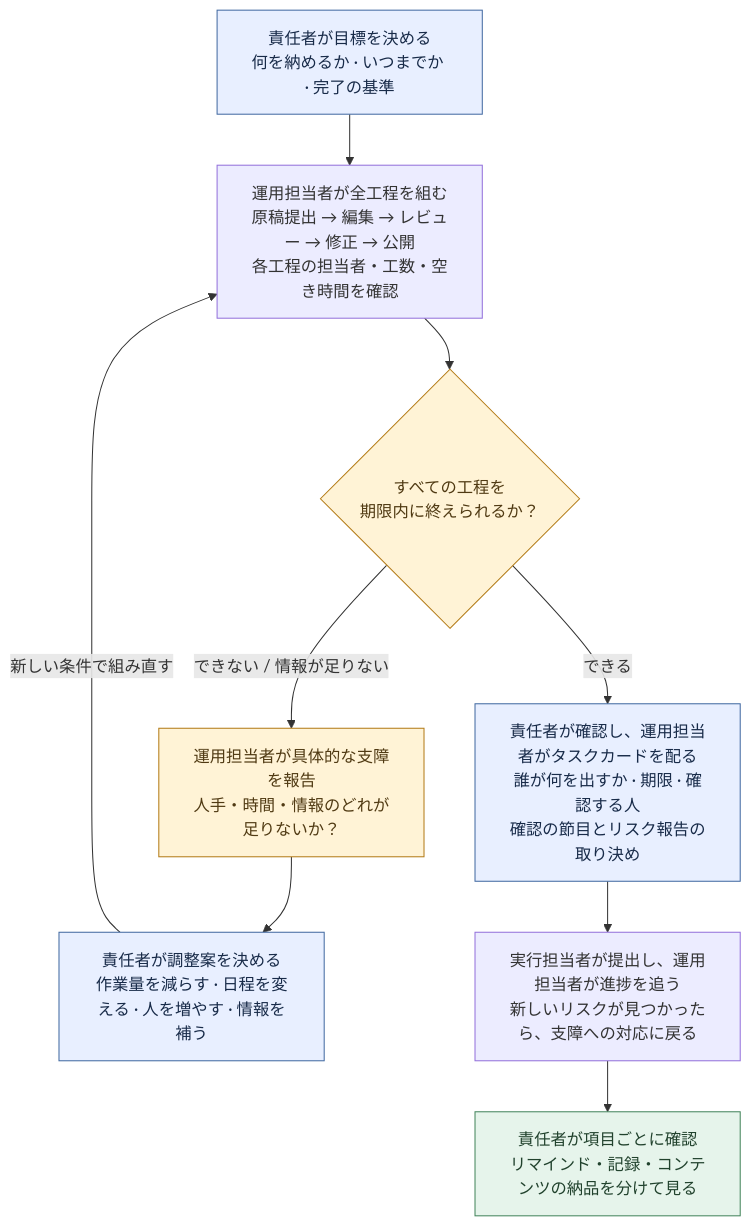
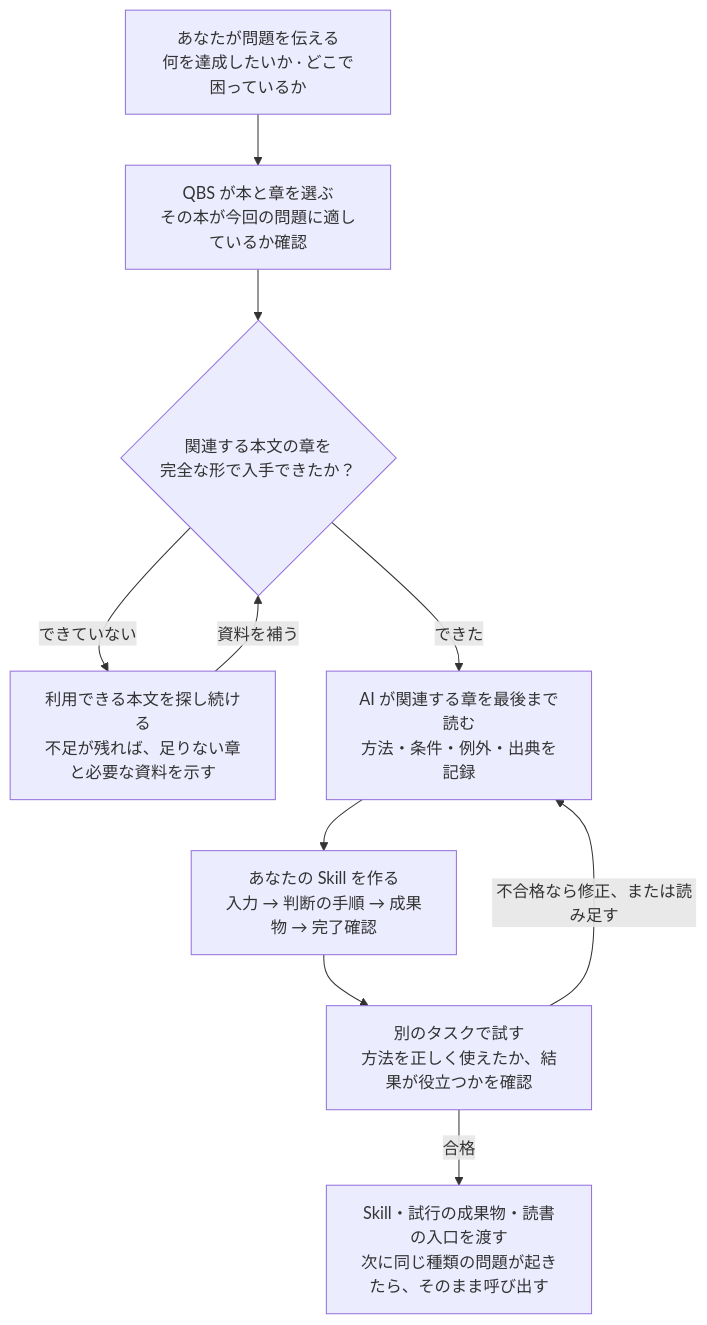
The diagram in README.ja.md (LearnPrompt/qbs), drawn with Mermaid before and after one commit. The commit also changed other lines of this file and 5 other files, not shown here.

````diff
--- a/README.ja.md
+++ b/README.ja.md
@@ -95,17 +35,12 @@
 ```mermaid
 flowchart TD
-    A["責任者が目標を決める<br/>何を納めるか · いつまでか · 完了の基準"] --> B["運用担当者が全工程を組む<br/>原稿提出 → 編集 → レビュー → 修正 → 公開<br/>各工程の担当者・工数・空き時間を確認"]
-    B --> C{"すべての工程を<br/>期限内に終えられるか？"}
-    C -- "できない / 情報が足りない" --> D["運用担当者が具体的な支障を報告<br/>人手・時間・情報のどれが足りないか？"]
-    D --> E["責任者が調整案を決める<br/>作業量を減らす · 日程を変える · 人を増やす · 情報を補う"]
-    E -- "新しい条件で組み直す" --> B
-    C -- "できる" --> F["責任者が確認し、運用担当者がタスクカードを配る<br/>誰が何を出すか · 期限 · 確認する人<br/>確認の節目とリスク報告の取り決め"]
-    F --> G["実行担当者が提出し、運用担当者が進捗を追う<br/>新しいリスクが見つかったら、支障への対応に戻る"]
-    G --> H["責任者が項目ごとに確認<br/>リマインド・記録・コンテンツの納品を分けて見る"]
-    classDef lead fill:#e8efff,stroke:#4169a1,color:#182b49;
-    classDef decision fill:#fff3d6,stroke:#b37b17,color:#503a13;
-    classDef done fill:#e6f4eb,stroke:#43845b,color:#21422d;
-    class A,E,F lead;
-    class C,D decision;
-    class H done;
+    A["あなたが問題を伝える<br/>何を達成したいか · どこで困っているか"] --> B["QBS が本と章を選ぶ<br/>その本が今回の問題に適しているか確認"]
+    B --> C{"関連する本文の章を<br/>完全な形で入手できたか？"}
+    C -- "できていない" --> D["利用できる本文を探し続ける<br/>不足が残れば、足りない章と必要な資料を示す"]
+    D -- "資料を補う" --> C
+    C -- "できた" --> E["AI が関連する章を最後まで読む<br/>方法・条件・例外・出典を記録"]
+    E --> F["あなたの Skill を作る<br/>入力 → 判断の手順 → 成果物 → 完了確認"]
+    F --> G["別のタスクで試す<br/>方法を正しく使えたか、結果が役立つかを確認"]
+    G -- "不合格なら修正、または読み足す" --> E
+    G -- "合格" --> H["Skill・試行の成果物・読書の入口を渡す<br/>次に同じ種類の問題が起きたら、そのまま呼び出す"]
 ```
````
